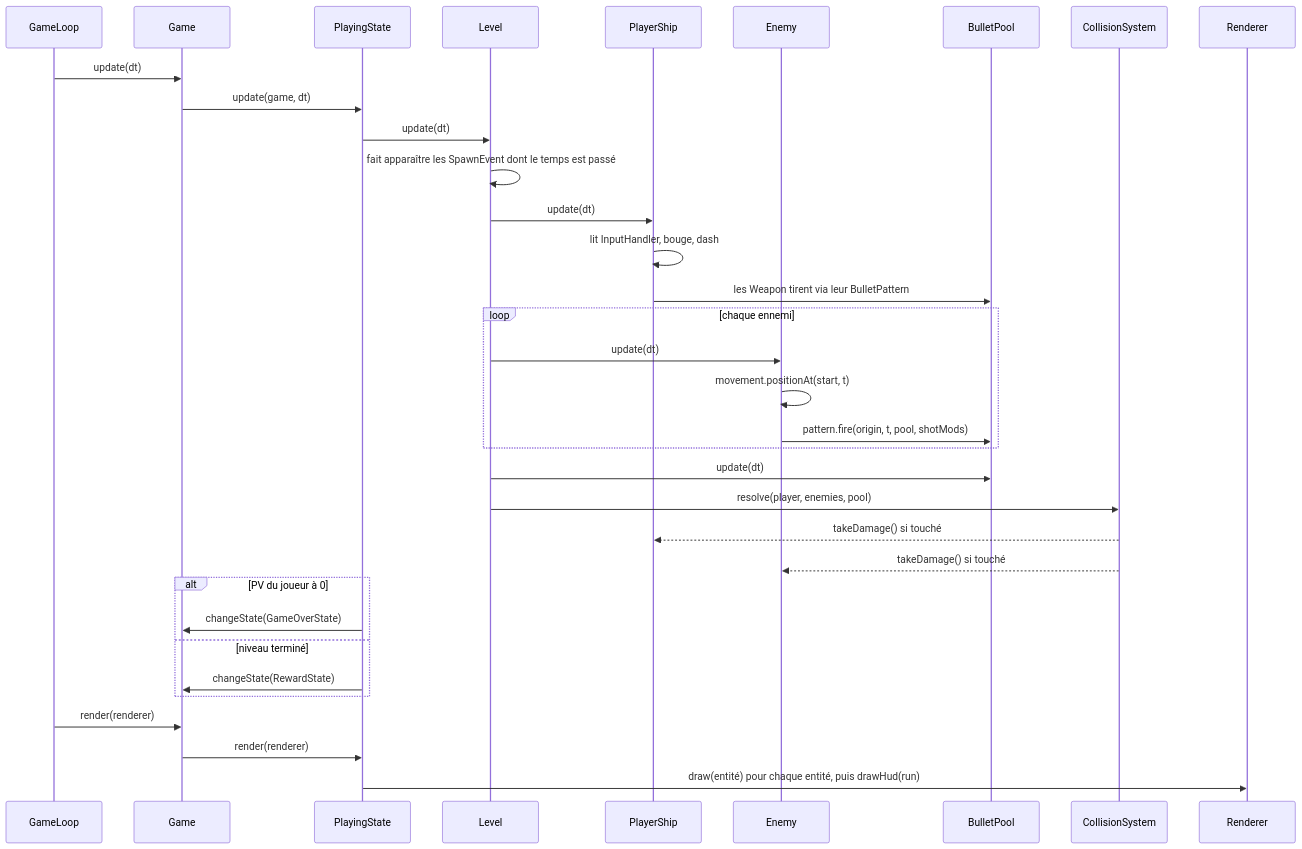
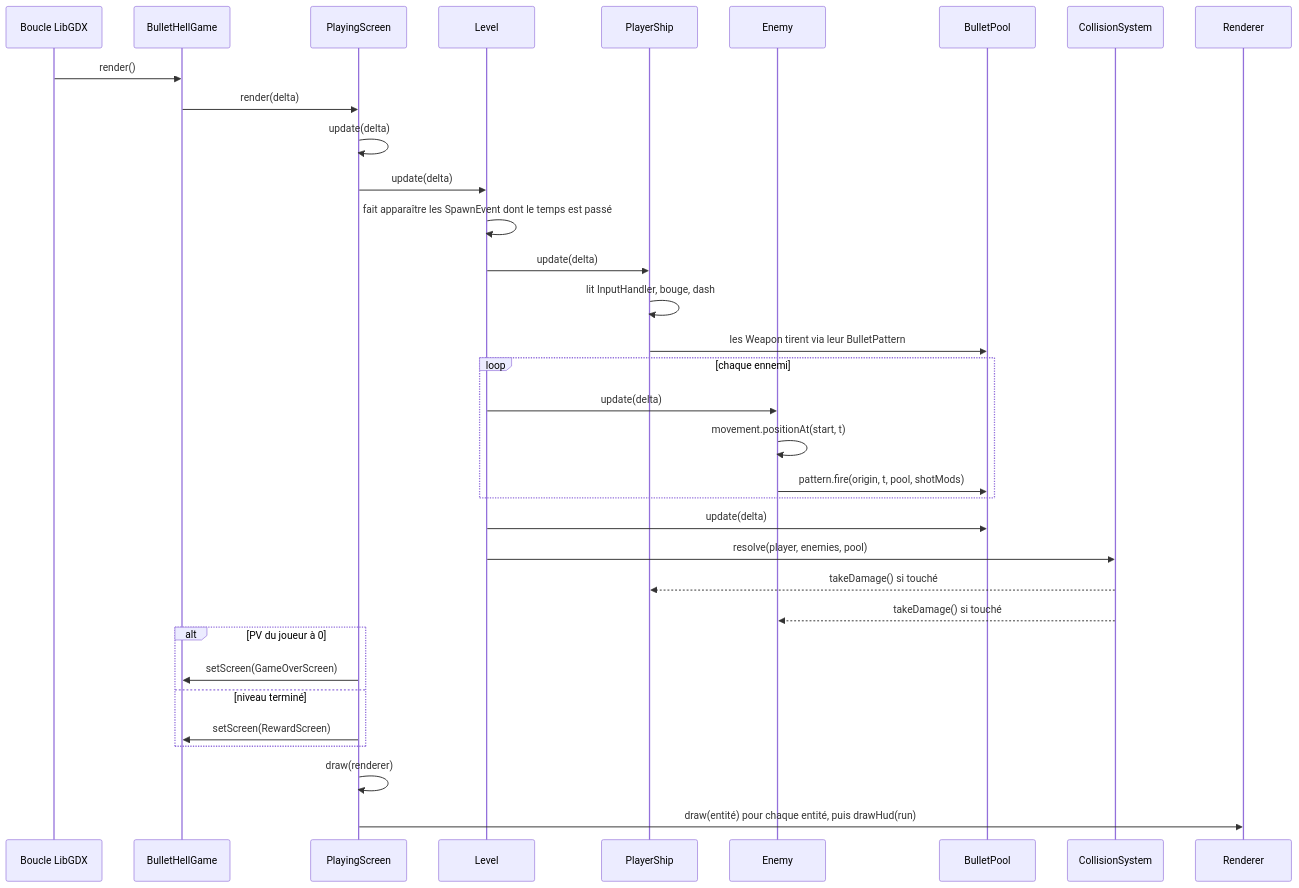
One commit to Bisiaux-dev/public-vault changed the ninth of 13 diagrams in content/2D-Game/ideas/pierre/Bullet hell roguelike - UML.md. Above: the diagram before and after it, drawn with Mermaid. The commit also changed other lines of this file and 27 other files, not shown here.

````diff
--- a/content/2D-Game/ideas/pierre/Bullet hell roguelike - UML.md
+++ b/content/2D-Game/ideas/pierre/Bullet hell roguelike - UML.md
@@ -601,37 +638,37 @@
 ```mermaid
 sequenceDiagram
-    participant GL as GameLoop
-    participant G as Game
-    participant PS as PlayingState
+    participant GDX as Boucle LibGDX
+    participant G as BulletHellGame
+    participant PS as PlayingScreen
     participant L as Level
     participant P as PlayerShip
     participant E as Enemy
     participant Pool as BulletPool
     participant C as CollisionSystem
     participant R as Renderer
 
-    GL->>G: update(dt)
-    G->>PS: update(game, dt)
-    PS->>L: update(dt)
+    GDX->>G: render()
+    G->>PS: render(delta)
+    PS->>PS: update(delta)
+    PS->>L: update(delta)
     L->>L: fait apparaître les SpawnEvent dont le temps est passé
-    L->>P: update(dt)
+    L->>P: update(delta)
     P->>P: lit InputHandler, bouge, dash
     P->>Pool: les Weapon tirent via leur BulletPattern
     loop chaque ennemi
-        L->>E: update(dt)
+        L->>E: update(delta)
         E->>E: movement.positionAt(start, t)
         E->>Pool: pattern.fire(origin, t, pool, shotMods)
     end
-    L->>Pool: update(dt)
+    L->>Pool: update(delta)
     L->>C: resolve(player, enemies, pool)
     C-->>P: takeDamage() si touché
     C-->>E: takeDamage() si touché
     alt PV du joueur à 0
-        PS->>G: changeState(GameOverState)
+        PS->>G: setScreen(GameOverScreen)
     else niveau terminé
-        PS->>G: changeState(RewardState)
+        PS->>G: setScreen(RewardScreen)
     end
-    GL->>G: render(renderer)
-    G->>PS: render(renderer)
+    PS->>PS: draw(renderer)
     PS->>R: draw(entité) pour chaque entité, puis drawHud(run)
 ```
````
